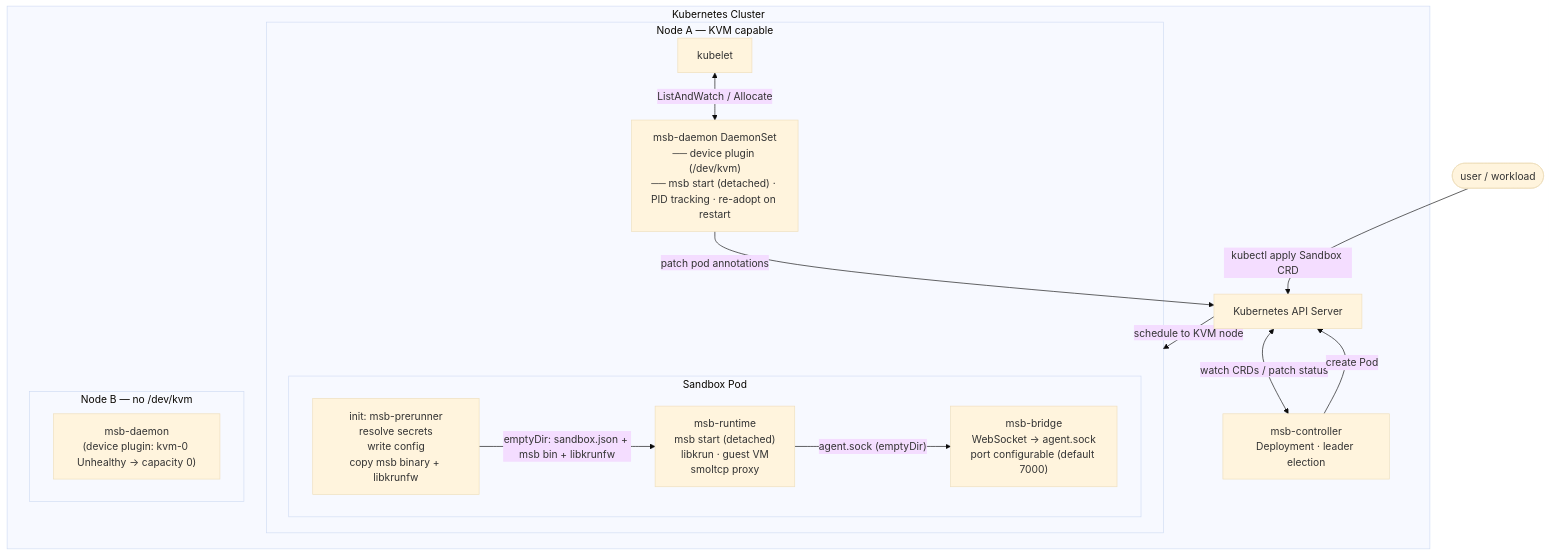
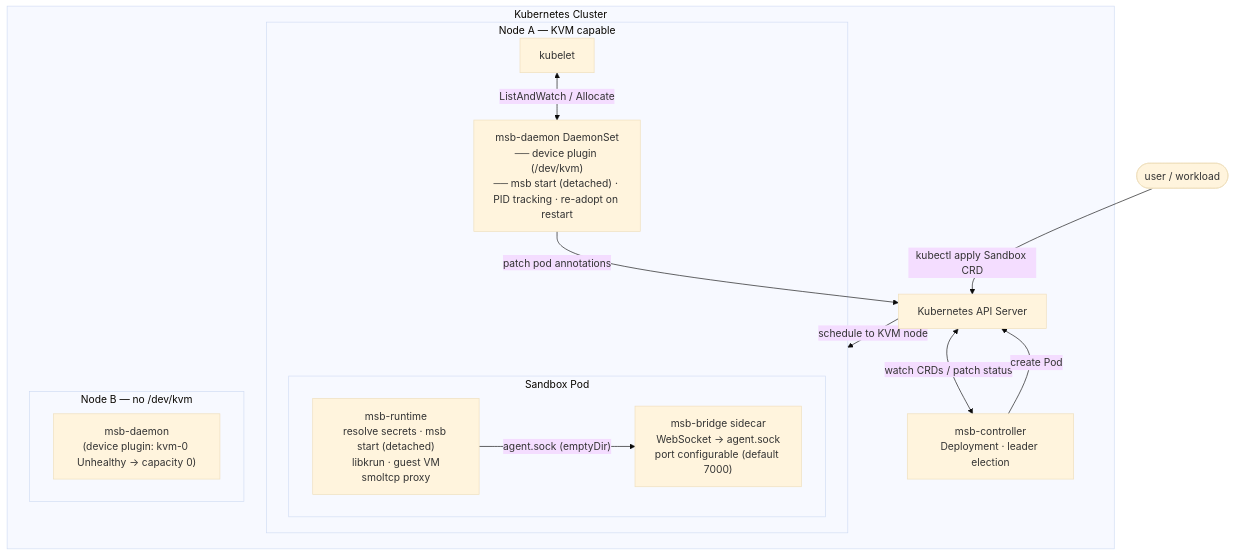
The first of 13 diagrams in docs/operator-design.md (TheRealSibasishBehera/msb-operator), drawn with Mermaid (base theme) before and after one commit. The commit also changed other lines of this file, not shown here.

First line of the commit message:
docs: remove msb-prerunner, secrets resolved in the runtime

````diff
--- a/docs/operator-design.md
+++ b/docs/operator-design.md
@@ -115,34 +114,32 @@
 ```mermaid
 graph TB
     subgraph cluster["Kubernetes Cluster"]
         api["Kubernetes API Server"]
         ctrl["msb-controller<br/>Deployment · leader election"]
 
         subgraph nodeA["Node A — KVM capable"]
             daemon["msb-daemon DaemonSet<br/>── device plugin (/dev/kvm)<br/>── msb start (detached) · PID tracking · re-adopt on restart"]
             kubelet["kubelet"]
 
             subgraph pod["Sandbox Pod"]
-                prerunner["init: msb-prerunner<br/>resolve secrets<br/>write config<br/>copy msb binary + libkrunfw"]
-                runtime["msb-runtime<br/>msb start (detached)<br/>libkrun · guest VM<br/>smoltcp proxy"]
-                bridge["msb-bridge<br/>WebSocket → agent.sock<br/>port configurable (default 7000)"]
+                runtime["msb-runtime<br/>resolve secrets · msb start (detached)<br/>libkrun · guest VM<br/>smoltcp proxy"]
+                bridge["msb-bridge sidecar<br/>WebSocket → agent.sock<br/>port configurable (default 7000)"]
             end
 
         end
 
         subgraph nodeB["Node B — no /dev/kvm"]
             daemonB["msb-daemon<br/>(device plugin: kvm-0 Unhealthy → capacity 0)"]
         end
     end
 
     user(["user / workload"])
 
     user -->|"kubectl apply Sandbox CRD"| api
     api <-->|"watch CRDs / patch status"| ctrl
     ctrl -->|"create Pod"| api
     api -->|"schedule to KVM node"| nodeA
     daemon -->|"patch pod annotations"| api
     kubelet <-->|"ListAndWatch / Allocate"| daemon
-    prerunner -->|"emptyDir: sandbox.json + msb bin + libkrunfw"| runtime
     runtime -->|"agent.sock (emptyDir)"| bridge
 ```
````
